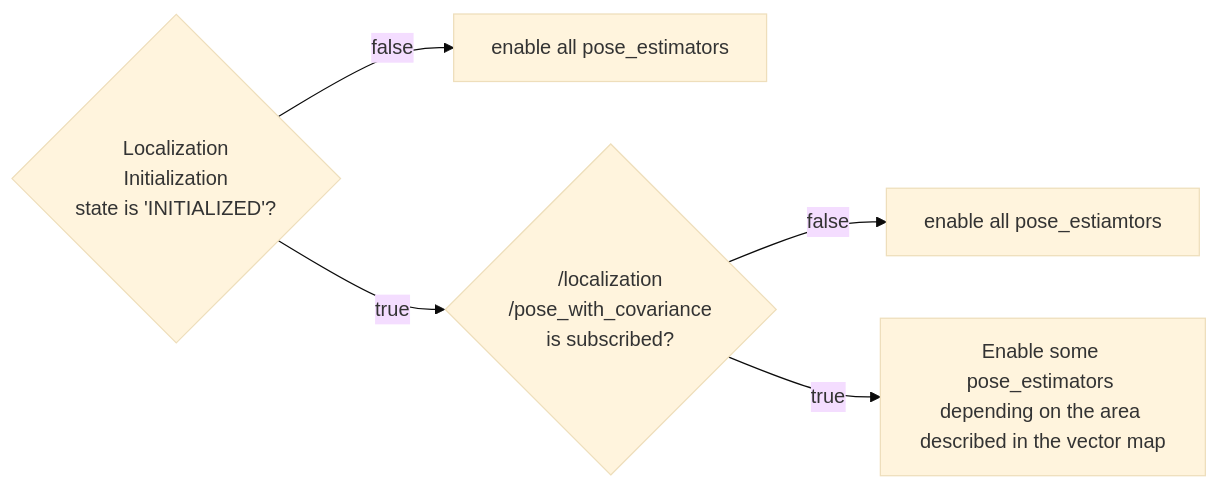
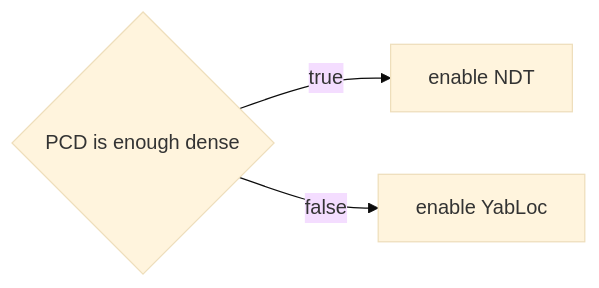
One commit to autowarefoundation/autoware.universe changed the first of 2 diagrams in localization/pose_estimator_arbiter/example_rule/README.md. Above: the diagram before and after it, drawn with Mermaid (base theme). The commit also changed other lines of this file and 2 other files, not shown here.

````diff
--- a/localization/pose_estimator_arbiter/example_rule/README.md
+++ b/localization/pose_estimator_arbiter/example_rule/README.md
@@ -76,8 +13,6 @@
 ```mermaid
 flowchart LR
-  A{Localization\n Initialization\n state is 'INITIALIZED'?}
-  A --false --> _A[enable all pose_estimators]
-  A --true --> B{/localization\n/pose_with_covariance\n is subscribed?}
-  B -- false --> _B[enable all pose_estiamtors]
-  B -- true --> C[Enable some pose_estimators depending on the area described in the vector map]
+  A{PCD is enough dense }
+  A --true--> B[enable NDT]
+  A --false--> C[enable YabLoc]
 ```
````
